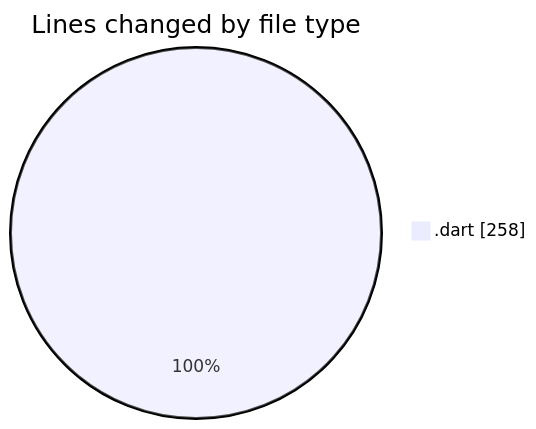
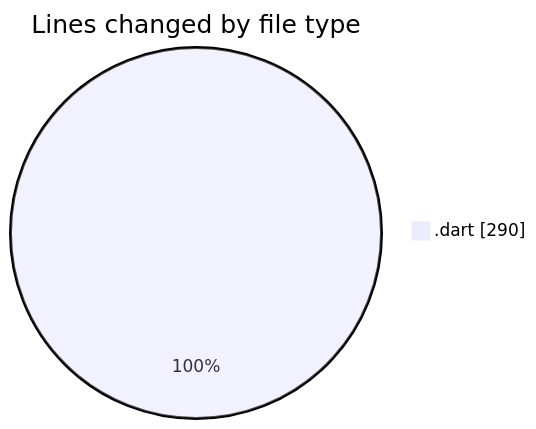
Before and after one commit to donsfak/code-tracking: the first of 2 diagrams in 2025-02-27/uber_clone/README.md, drawn with Mermaid. The commit also changed other lines of this file and 1 other file, not shown here.

````diff
--- a/2025-02-27/uber_clone/README.md
+++ b/2025-02-27/uber_clone/README.md
@@ -20,5 +20,5 @@
 ```mermaid
 pie showData
 title Lines changed by file type
-".dart" : 258
+".dart" : 290
 ```
````
